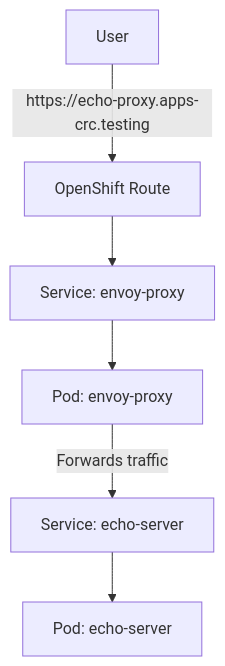
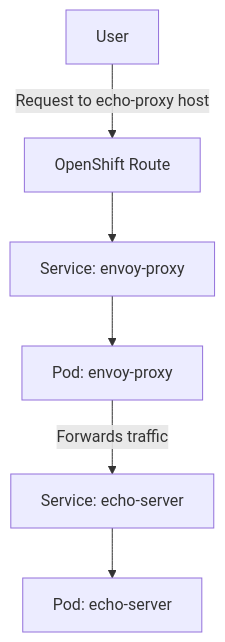
Before and after one commit to jctanner/rhoai-hacking: the second of 3 diagrams in experiments/ocp-envoy-extz-auth/README.md, drawn with Mermaid. The commit also changed other lines of this file, not shown here.

````diff
--- a/experiments/ocp-envoy-extz-auth/README.md
+++ b/experiments/ocp-envoy-extz-auth/README.md
@@ -38,8 +38,8 @@
 ```mermaid
 graph TD
-    User -- "https://echo-proxy.apps-crc.testing" --> OCP_Route[OpenShift Route]
+    User -- "Request to echo-proxy host" --> OCP_Route[OpenShift Route]
     OCP_Route --> Envoy_Service[Service: envoy-proxy]
     Envoy_Service --> Envoy_Pod[Pod: envoy-proxy]
     Envoy_Pod -- "Forwards traffic" --> Echo_Service[Service: echo-server]
     Echo_Service --> Echo_Pod[Pod: echo-server]
 ```
````
